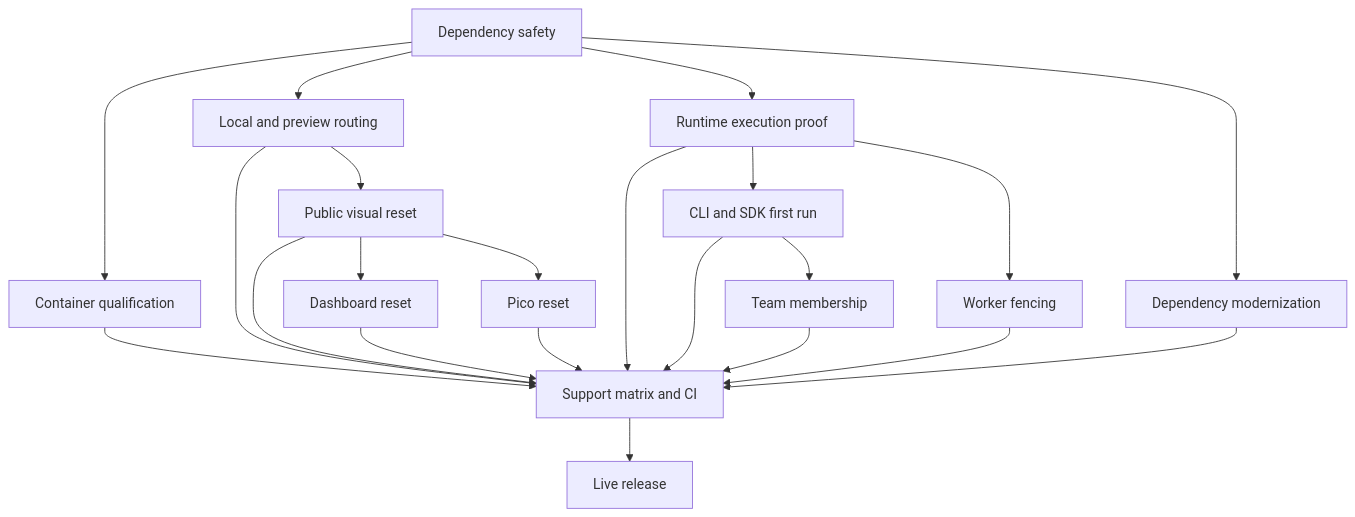
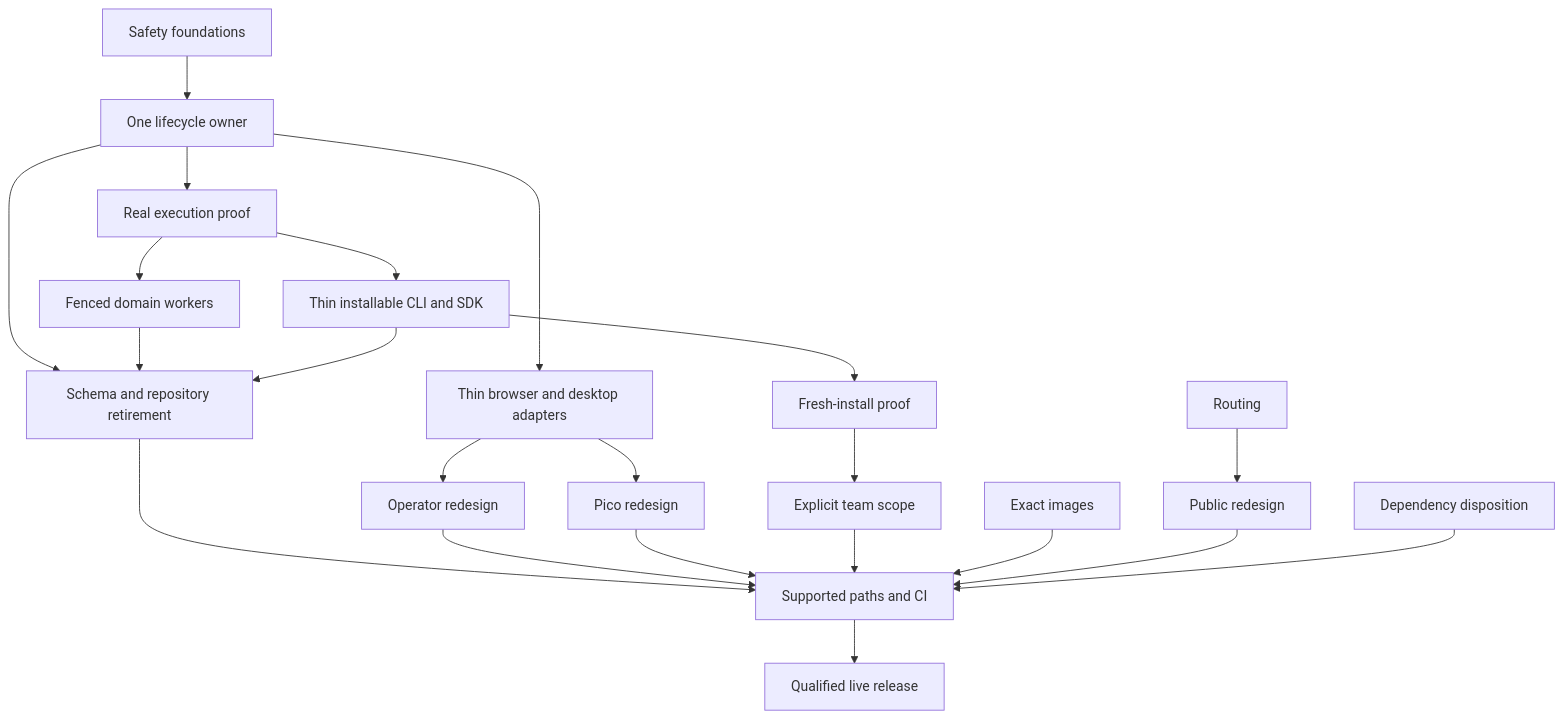
One commit to mutx-dev/mutx-dev changed the fourth of 4 diagrams in docs/plans/2026-09-30-2056-refactor-mutx-product-revival-plan.md. Above: the diagram before and after it, drawn with Mermaid. The commit also changed other lines of this file, not shown here.

````diff
--- a/docs/plans/2026-09-30-2056-refactor-mutx-product-revival-plan.md
+++ b/docs/plans/2026-09-30-2056-refactor-mutx-product-revival-plan.md
@@ -207,24 +239,24 @@
 ```mermaid
 flowchart TB
-  U1[Dependency safety] --> U2[Container qualification]
-  U1 --> U3[Local and preview routing]
-  U3 --> U4[Public visual reset]
-  U4 --> U5[Dashboard reset]
-  U4 --> U6[Pico reset]
-  U1 --> U7[Runtime execution proof]
-  U7 --> U8[CLI and SDK first run]
-  U8 --> U9[Team membership]
-  U7 --> U10[Worker fencing]
-  U1 --> U11[Dependency modernization]
-  U2 --> U12[Support matrix and CI]
-  U3 --> U12
-  U4 --> U12
+  U1[Safety foundations] --> U14[One lifecycle owner]
+  U14 --> U7[Real execution proof]
+  U14 --> U15[Thin browser and desktop adapters]
+  U7 --> U16[Thin installable CLI and SDK]
+  U7 --> U10[Fenced domain workers]
+  U14 --> U17[Schema and repository retirement]
+  U15 --> U5[Operator redesign]
+  U15 --> U6[Pico redesign]
+  U16 --> U8[Fresh-install proof]
+  U8 --> U9[Explicit team scope]
+  U10 --> U17
+  U16 --> U17
+  U17 --> U12[Supported paths and CI]
   U5 --> U12
   U6 --> U12
-  U7 --> U12
-  U8 --> U12
   U9 --> U12
-  U10 --> U12
-  U11 --> U12
-  U12 --> U13[Live release]
+  U2[Exact images] --> U12
+  U3[Routing] --> U4[Public redesign]
+  U4 --> U12
+  U11[Dependency disposition] --> U12
+  U12 --> U13[Qualified live release]
 ```
````
